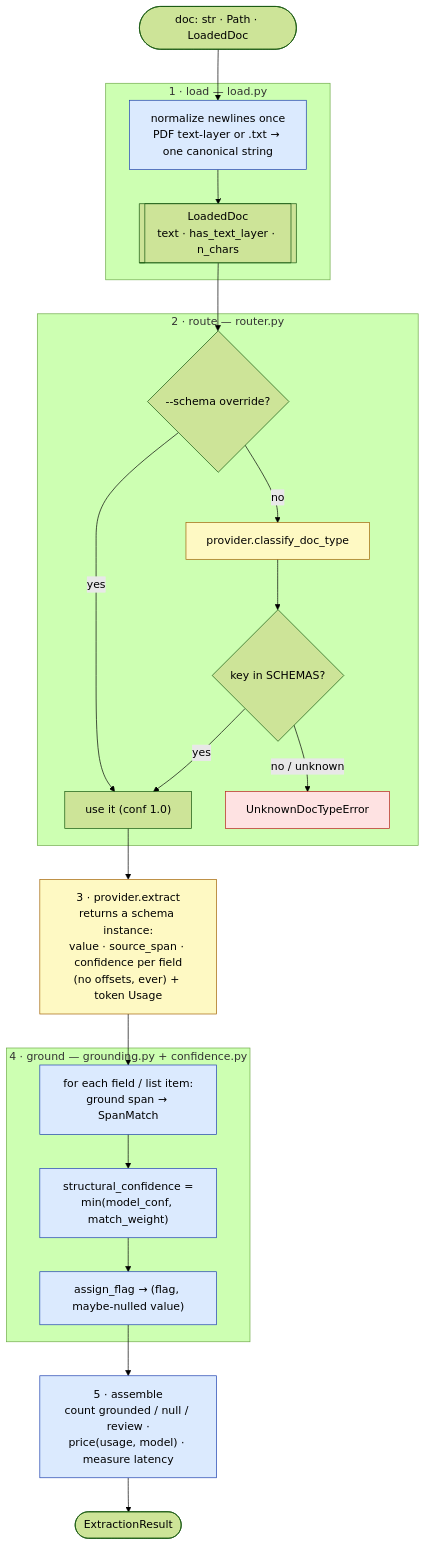
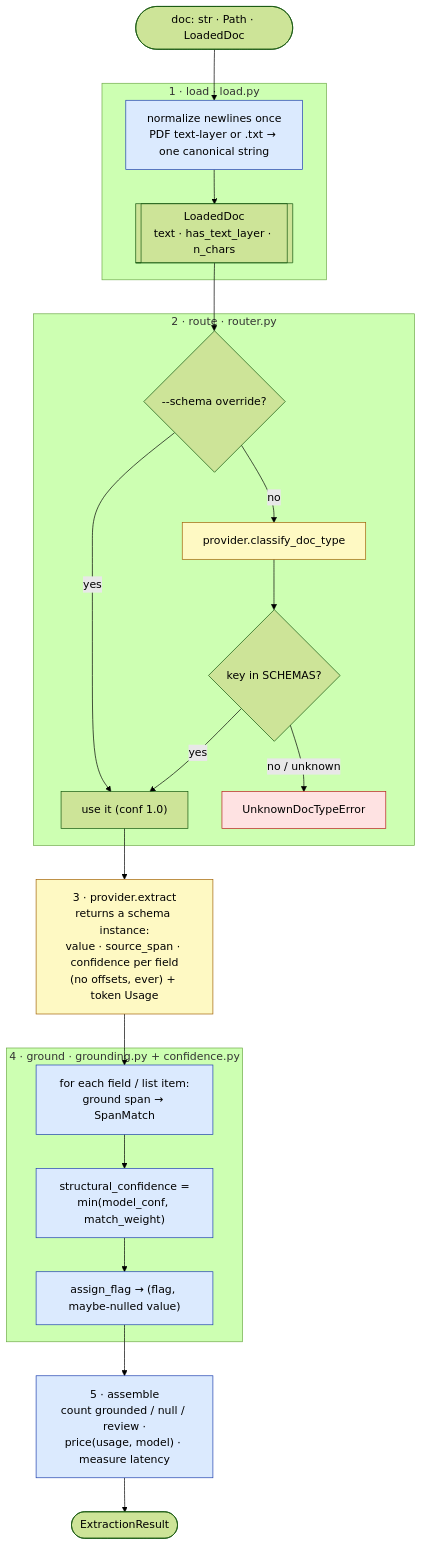
One commit to dataraptor/chart-extract changed the second of 8 diagrams in docs/architecture.md. Above: the diagram before and after it, drawn with Mermaid (forest theme). The commit also changed other lines of this file and 2 other files, not shown here.

````diff
--- a/docs/architecture.md
+++ b/docs/architecture.md
@@ -73,40 +73,40 @@
 ```mermaid
 flowchart TD
     IN([doc: str · Path · LoadedDoc]) --> L
 
-    subgraph load["1 · load — load.py"]
+    subgraph load["1 · load · load.py"]
         L["normalize newlines once<br/>PDF text-layer or .txt → one canonical string"]
         L --> LD[["LoadedDoc<br/>text · has_text_layer · n_chars"]]
     end
 
     LD --> R
-    subgraph route["2 · route — router.py"]
+    subgraph route["2 · route · router.py"]
         R{"--schema override?"}
         R -- "yes" --> RS["use it (conf 1.0)"]
         R -- "no" --> RC["provider.classify_doc_type"]
         RC --> RK{"key in SCHEMAS?"}
         RK -- "no / unknown" --> RERR["UnknownDocTypeError"]
         RK -- "yes" --> RS
     end
 
     RS --> X["3 · provider.extract<br/>returns a schema instance:<br/>value · source_span · confidence per field<br/>(no offsets, ever) + token Usage"]
 
     X --> G
-    subgraph ground["4 · ground — grounding.py + confidence.py"]
+    subgraph ground["4 · ground · grounding.py + confidence.py"]
         G["for each field / list item:<br/>ground span → SpanMatch"]
         G --> SC["structural_confidence =<br/>min(model_conf, match_weight)"]
         SC --> AF["assign_flag → (flag, maybe-nulled value)"]
     end
 
     AF --> A["5 · assemble<br/>count grounded / null / review ·<br/>price(usage, model) · measure latency"]
     A --> OUT([ExtractionResult])
 
     style X fill:#fef9c3,stroke:#a16207
     style RC fill:#fef9c3,stroke:#a16207
     style RERR fill:#fee2e2,stroke:#b91c1c
     style L fill:#dbeafe,stroke:#1e40af
     style G fill:#dbeafe,stroke:#1e40af
     style SC fill:#dbeafe,stroke:#1e40af
     style AF fill:#dbeafe,stroke:#1e40af
     style A fill:#dbeafe,stroke:#1e40af
 ```
````
